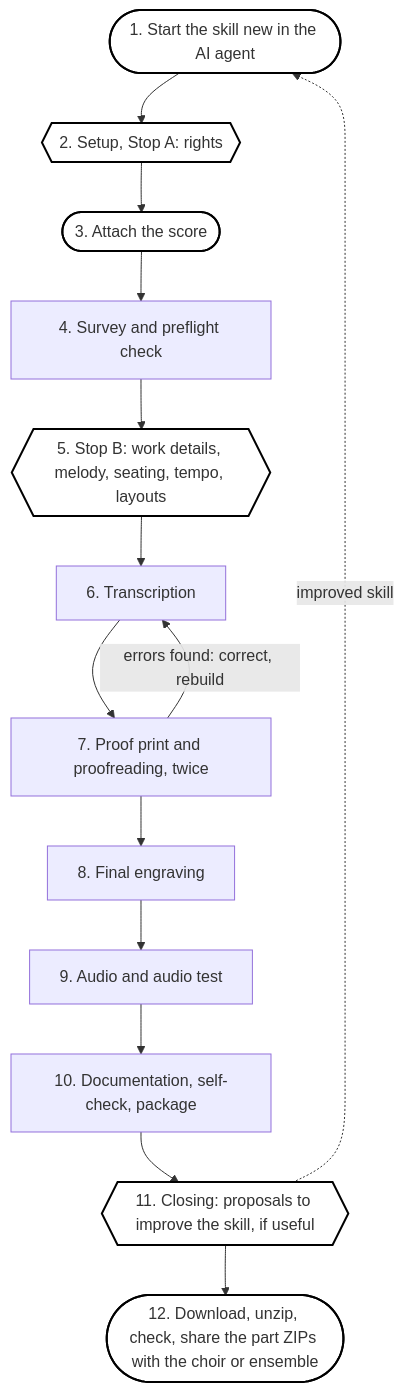
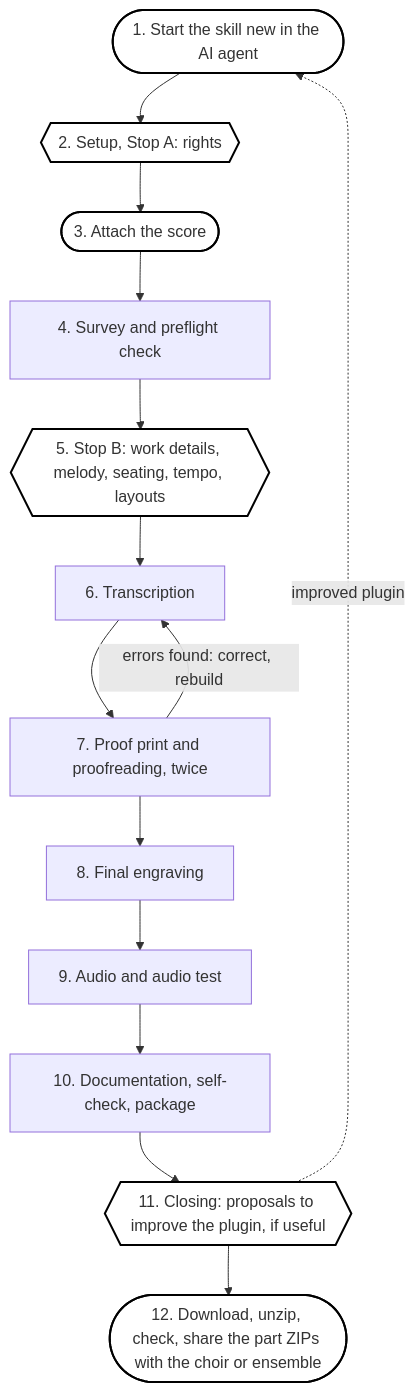
The diagram in README.md (vbth/practice-duck-plugin), drawn with Mermaid before and after one commit. The commit also changed other lines of this file and 1 other file, not shown here.

First line of the commit message:
README: package name, US Letter, plugin wording, rules of 1.0.0 (#4)

````diff
--- a/README.md
+++ b/README.md
@@ -76,22 +76,22 @@
 ```mermaid
 flowchart TD
     U1(["1. Start the skill new in the AI agent"]) --> A{{"2. Setup, Stop A: rights"}}
     A --> U3(["3. Attach the score"])
     U3 --> P1["4. Survey and preflight check"]
     P1 --> B{{"5. Stop B: work details, melody, seating, tempo, layouts"}}
     B --> P3["6. Transcription"]
     P3 --> P4["7. Proof print and proofreading, twice"]
     P4 -->|errors found: correct, rebuild| P3
     P4 --> P5["8. Final engraving"]
     P5 --> P6["9. Audio and audio test"]
     P6 --> P7["10. Documentation, self-check, package"]
-    P7 --> P8{{"11. Closing: proposals to improve the skill, if useful"}}
+    P7 --> P8{{"11. Closing: proposals to improve the plugin, if useful"}}
     P8 --> U2(["12. Download, unzip, check, share the part ZIPs with the choir or ensemble"])
-    P8 -.->|improved skill| U1
+    P8 -.->|improved plugin| U1
     style U1 fill:#fff,stroke:#000,stroke-width:2px
     style U3 fill:#fff,stroke:#000,stroke-width:2px
     style U2 fill:#fff,stroke:#000,stroke-width:2px
     style A fill:#fff,stroke:#000,stroke-width:2px
     style B fill:#fff,stroke:#000,stroke-width:2px
     style P8 fill:#fff,stroke:#000,stroke-width:2px
 ```
````
